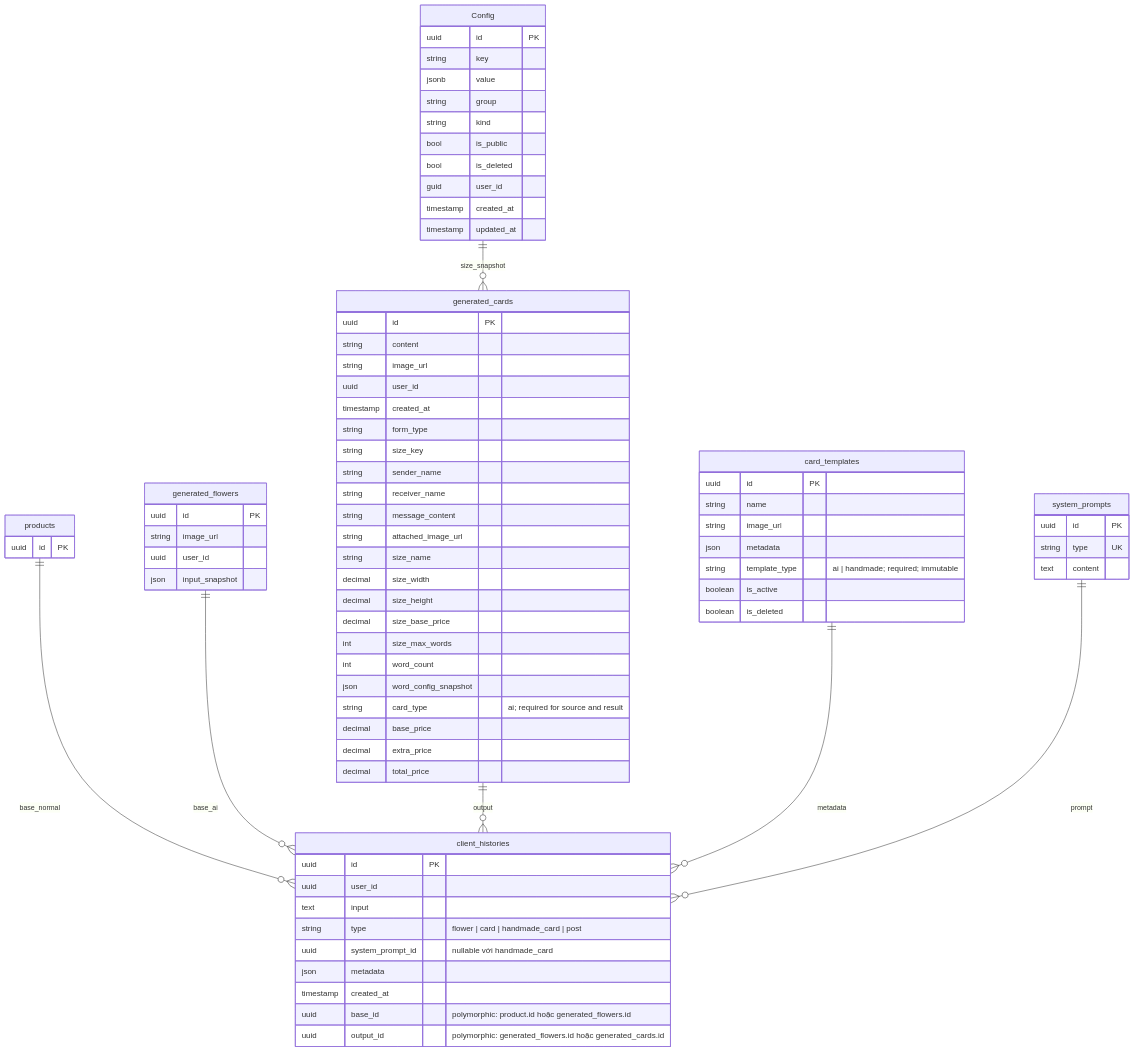
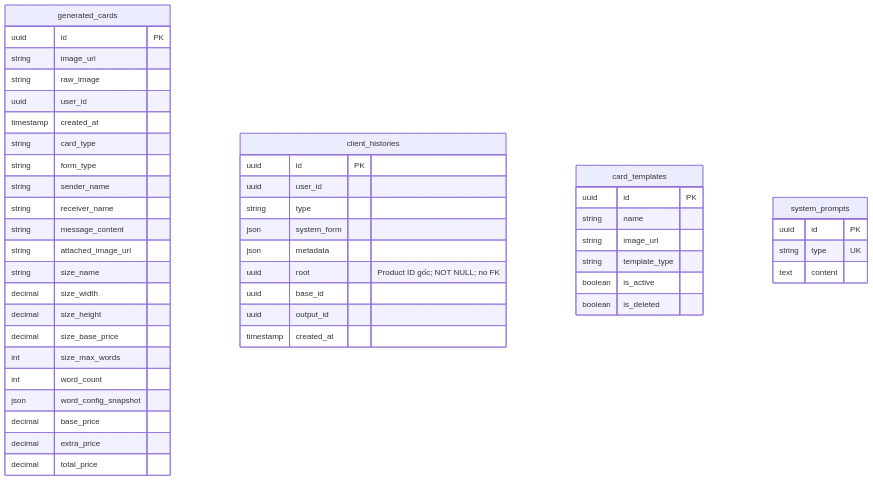
One commit to 161seconds/document-first-brief changed the fourth of 4 diagrams in hoa-theo-mua-ai-flourist/TDD/TDD-007/TDD-007-tao-lai-thiep-tu-lich-su.md. Above: the diagram before and after it, drawn with Mermaid. The commit also changed other lines of this file and 24 other files, not shown here.

````diff
--- a/hoa-theo-mua-ai-flourist/TDD/TDD-007/TDD-007-tao-lai-thiep-tu-lich-su.md
+++ b/hoa-theo-mua-ai-flourist/TDD/TDD-007/TDD-007-tao-lai-thiep-tu-lich-su.md
@@ -228,33 +156,13 @@
 ```mermaid
 erDiagram
-    Config ||--o{ generated_cards : "size_snapshot"
-    products ||--o{ client_histories : "base_normal"
-    generated_flowers ||--o{ client_histories : "base_ai"
-    generated_cards ||--o{ client_histories : "output"
-    card_templates ||--o{ client_histories : "metadata"
-    system_prompts ||--o{ client_histories : "prompt"
-
-    Config {
-        uuid id PK
-        string key
-        jsonb value
-        string group
-        string kind
-        bool is_public
-        bool is_deleted
-        guid user_id
-        timestamp created_at
-        timestamp updated_at
-    }
-
     generated_cards {
         uuid id PK
-        string content
         string image_url
+        string raw_image
         uuid user_id
         timestamp created_at
+        string card_type
         string form_type
-        string size_key
         string sender_name
         string receiver_name
         string message_content
@@ -266,48 +174,32 @@
         int size_max_words
         int word_count
         json word_config_snapshot
-        string card_type "ai; required for source and result"
         decimal base_price
         decimal extra_price
         decimal total_price
     }
-
-    generated_flowers {
+    client_histories {
         uuid id PK
-        string image_url
         uuid user_id
-        json input_snapshot
+        string type
+        json system_form
+        json metadata
+        uuid root "Product ID gốc; NOT NULL; no FK"
+        uuid base_id
+        uuid output_id
+        timestamp created_at
     }
-
-    products {
-        uuid id PK
-    }
-
     card_templates {
         uuid id PK
         string name
         string image_url
-        json metadata
-        string template_type "ai | handmade; required; immutable"
+        string template_type
         boolean is_active
         boolean is_deleted
     }
-
     system_prompts {
         uuid id PK
         string type UK
         text content
     }
-
-    client_histories {
-        uuid id PK
-        uuid user_id
-        text input
-        string type "flower | card | handmade_card | post"
-        uuid system_prompt_id "nullable với handmade_card"
-        json metadata
-        timestamp created_at
-        uuid base_id "polymorphic: product.id hoặc generated_flowers.id"
-        uuid output_id "polymorphic: generated_flowers.id hoặc generated_cards.id"
-    }
 ```
````
